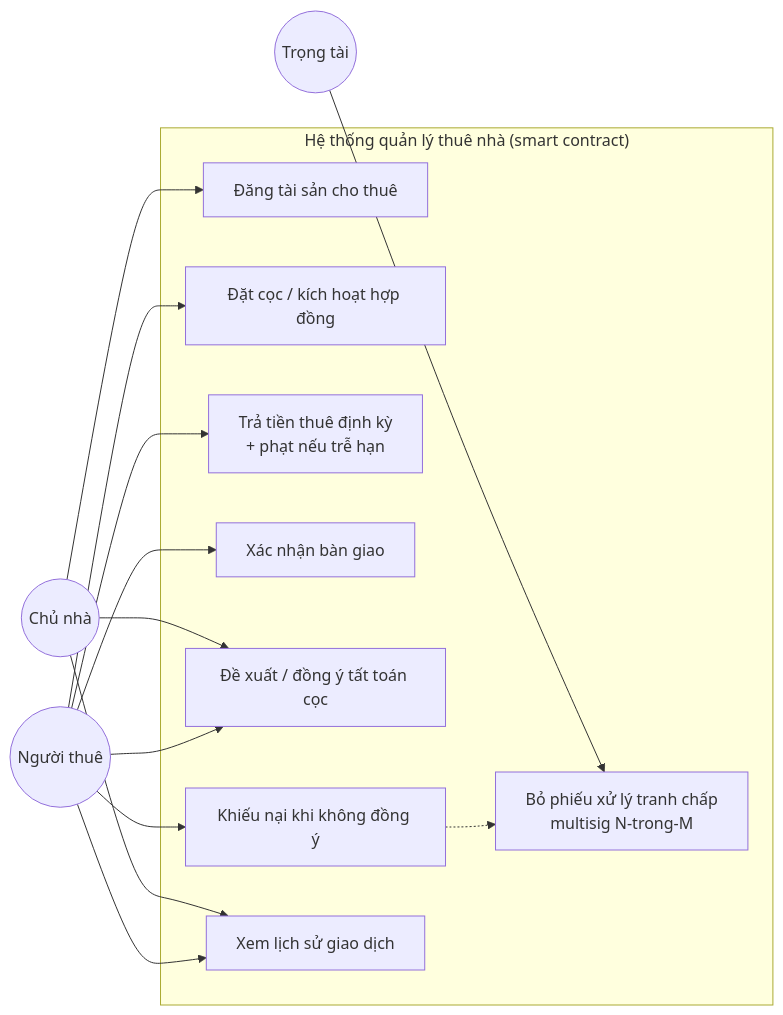
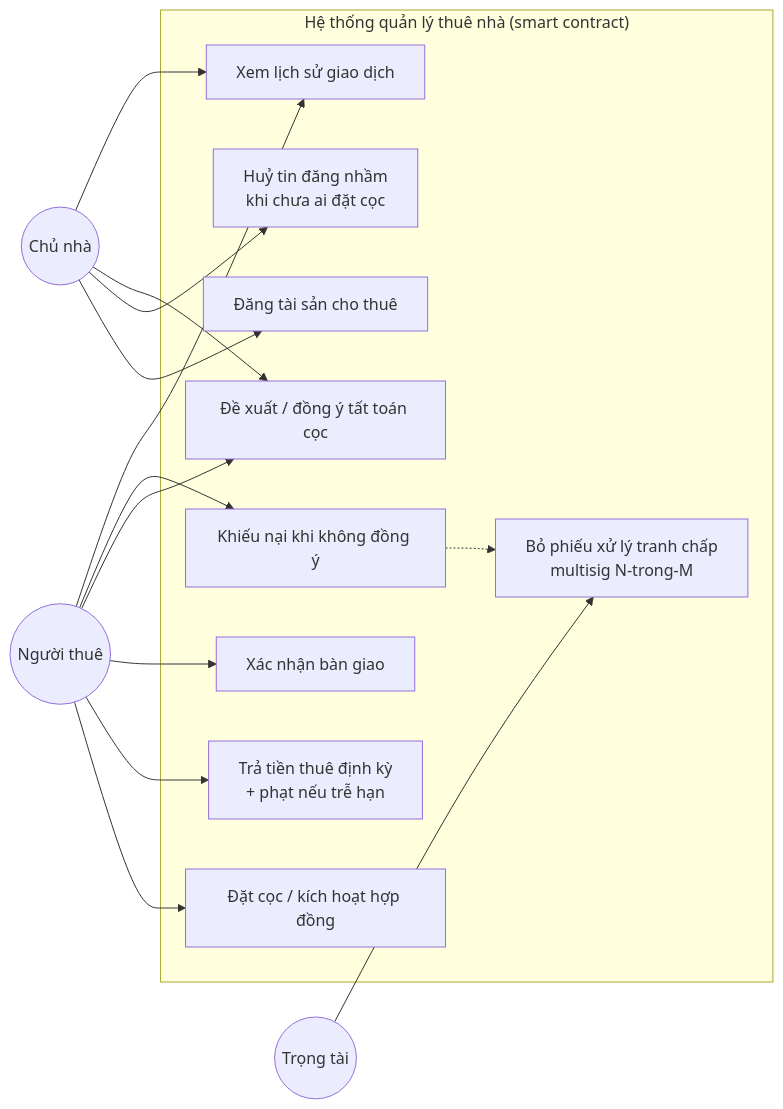
Before and after one commit to vinhha195-oss/he-thong-quan-ly-thue-nha-bang-smart-contract: the first of 5 diagrams in docs/kien-truc-va-usecase.md, drawn with Mermaid. The commit also changed other lines of this file and 6 other files, not shown here.

````diff
--- a/docs/kien-truc-va-usecase.md
+++ b/docs/kien-truc-va-usecase.md
@@ -5,29 +5,31 @@
 ```mermaid
 flowchart LR
     Landlord((Chủ nhà))
     Tenant((Người thuê))
     Arbiter((Trọng tài))
 
     subgraph RentalManager["Hệ thống quản lý thuê nhà (smart contract)"]
         UC1[Đăng tài sản cho thuê]
+        UC1b[Huỷ tin đăng nhầm\nkhi chưa ai đặt cọc]
         UC2[Đặt cọc / kích hoạt hợp đồng]
         UC3[Trả tiền thuê định kỳ\n+ phạt nếu trễ hạn]
         UC4[Xác nhận bàn giao]
         UC5[Đề xuất / đồng ý tất toán cọc]
         UC5b[Khiếu nại khi không đồng ý]
         UC7[Bỏ phiếu xử lý tranh chấp\nmultisig N-trong-M]
         UC6[Xem lịch sử giao dịch]
     end
 
     Landlord --> UC1
+    Landlord --> UC1b
     Landlord --> UC5
     Landlord --> UC6
     Tenant --> UC2
     Tenant --> UC3
     Tenant --> UC4
     Tenant --> UC5
     Tenant --> UC5b
     Tenant --> UC6
     Arbiter --> UC7
     UC5b -.-> UC7
 ```
````
